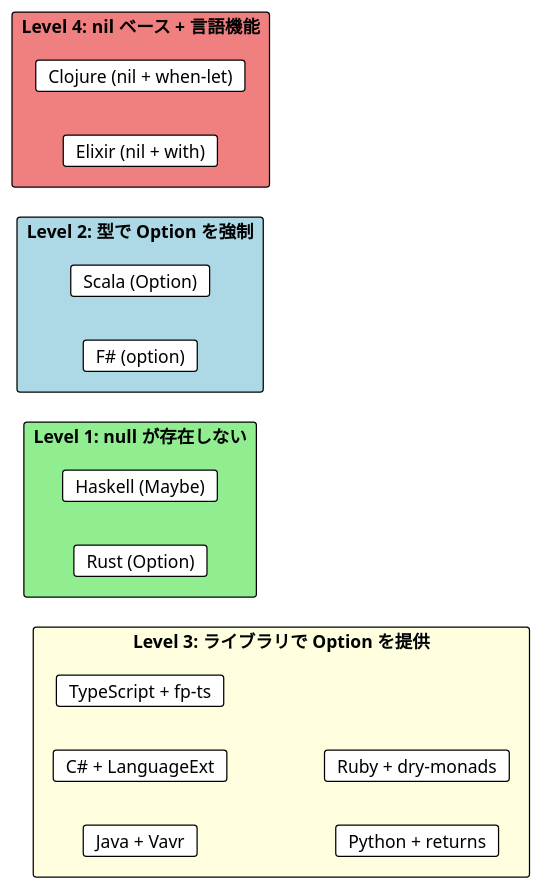
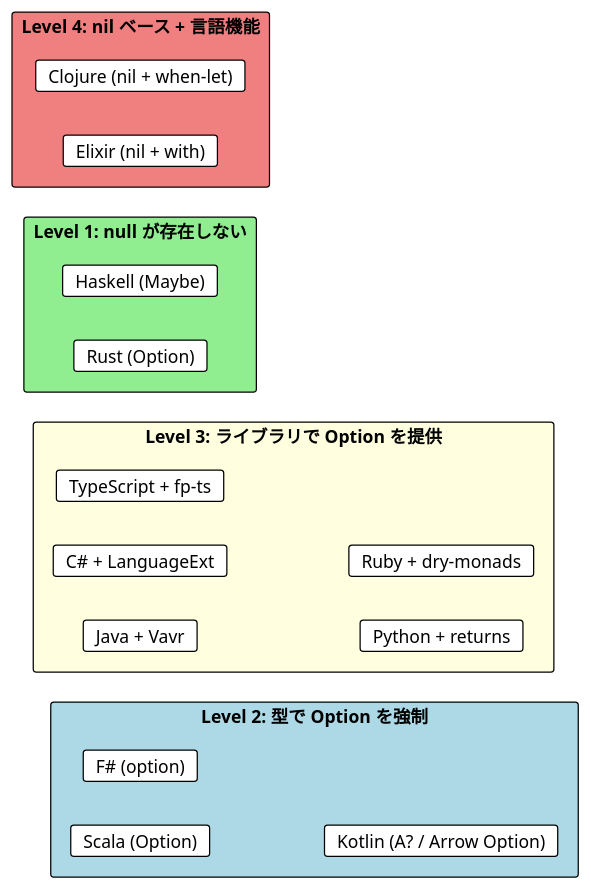
The third of 6 diagrams in docs/article/all/part-3-ch06-option.md (k2works/grokkingfp-excersice), drawn with PlantUML before and after one commit. The commit also changed other lines of this file and 12 other files, not shown here.

````diff
--- a/docs/article/all/part-3-ch06-option.md
+++ b/docs/article/all/part-3-ch06-option.md
@@ -585,30 +633,31 @@
 ```plantuml
 @startuml
 !theme plain
 left to right direction
 
 rectangle "Level 1: null が存在しない" #LightGreen {
   card "Haskell (Maybe)" as h
   card "Rust (Option)" as rs
 }
 
 rectangle "Level 2: 型で Option を強制" #LightBlue {
   card "Scala (Option)" as sc
   card "F# (option)" as fs
+  card "Kotlin (A? / Arrow Option)" as kt
 }
 
 rectangle "Level 3: ライブラリで Option を提供" #LightYellow {
   card "Java + Vavr" as jv
   card "C# + LanguageExt" as cs
   card "TypeScript + fp-ts" as ts
   card "Python + returns" as py
   card "Ruby + dry-monads" as rb
 }
 
 rectangle "Level 4: nil ベース + 言語機能" #LightCoral {
   card "Clojure (nil + when-let)" as clj
   card "Elixir (nil + with)" as ex
 }
 
 @enduml
 ```
````
